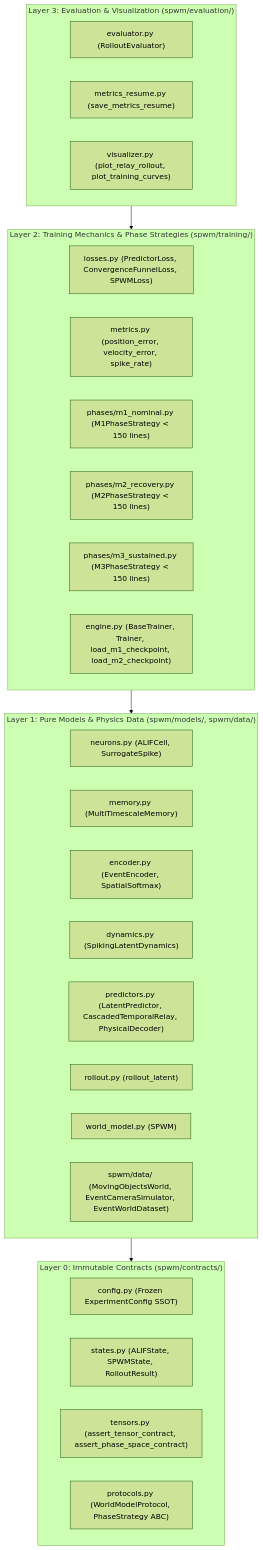
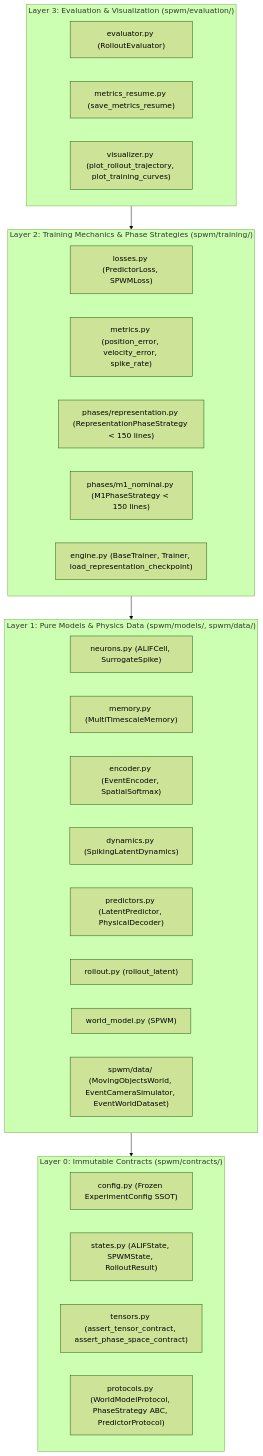
Before and after one commit to Mattia-Maiorano/Spiking-Neural_Novelty: the diagram in docs/Architecture.md, drawn with Mermaid (forest theme). The commit also changed other lines of this file and 71 other files, not shown here.

````diff
--- a/docs/Architecture.md
+++ b/docs/Architecture.md
@@ -19,39 +19,38 @@
 ```mermaid
 flowchart TD
     subgraph L0["Layer 0: Immutable Contracts (spwm/contracts/)"]
         C_CFG["config.py (Frozen ExperimentConfig SSOT)"]
         C_ST["states.py (ALIFState, SPWMState, RolloutResult)"]
         C_TN["tensors.py (assert_tensor_contract, assert_phase_space_contract)"]
-        C_PR["protocols.py (WorldModelProtocol, PhaseStrategy ABC)"]
+        C_PR["protocols.py (WorldModelProtocol, PhaseStrategy ABC, PredictorProtocol)"]
     end
 
     subgraph L1["Layer 1: Pure Models & Physics Data (spwm/models/, spwm/data/)"]
         M_NEU["neurons.py (ALIFCell, SurrogateSpike)"]
         M_MEM["memory.py (MultiTimescaleMemory)"]
         M_ENC["encoder.py (EventEncoder, SpatialSoftmax)"]
         M_DYN["dynamics.py (SpikingLatentDynamics)"]
-        M_PRD["predictors.py (LatentPredictor, CascadedTemporalRelay, PhysicalDecoder)"]
+        M_PRD["predictors.py (LatentPredictor, PhysicalDecoder)"]
         M_ROL["rollout.py (rollout_latent)"]
         M_WM["world_model.py (SPWM)"]
         D_DAT["spwm/data/ (MovingObjectsWorld, EventCameraSimulator, EventWorldDataset)"]
     end
 
     subgraph L2["Layer 2: Training Mechanics & Phase Strategies (spwm/training/)"]
-        T_LOS["losses.py (PredictorLoss, ConvergenceFunnelLoss, SPWMLoss)"]
+        T_LOS["losses.py (PredictorLoss, SPWMLoss)"]
         T_MET["metrics.py (position_error, velocity_error, spike_rate)"]
+        T_REP["phases/representation.py (RepresentationPhaseStrategy < 150 lines)"]
         T_M1["phases/m1_nominal.py (M1PhaseStrategy < 150 lines)"]
-        T_M2["phases/m2_recovery.py (M2PhaseStrategy < 150 lines)"]
-        T_M3["phases/m3_sustained.py (M3PhaseStrategy < 150 lines)"]
-        T_ENG["engine.py (BaseTrainer, Trainer, load_m1_checkpoint, load_m2_checkpoint)"]
+        T_ENG["engine.py (BaseTrainer, Trainer, load_representation_checkpoint)"]
     end
 
     subgraph L3["Layer 3: Evaluation & Visualization (spwm/evaluation/)"]
         E_EVL["evaluator.py (RolloutEvaluator)"]
         E_RES["metrics_resume.py (save_metrics_resume)"]
-        E_VIS["visualizer.py (plot_relay_rollout, plot_training_curves)"]
+        E_VIS["visualizer.py (plot_rollout_trajectory, plot_training_curves)"]
     end
 
     L3 --> L2
     L2 --> L1
     L1 --> L0
 ```
````
